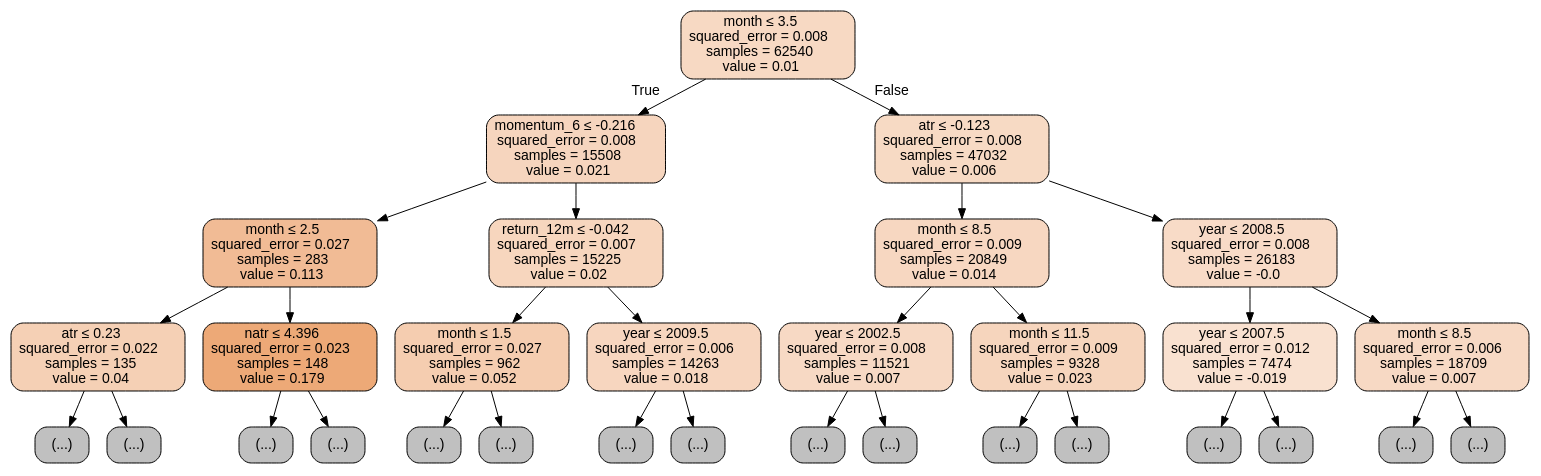
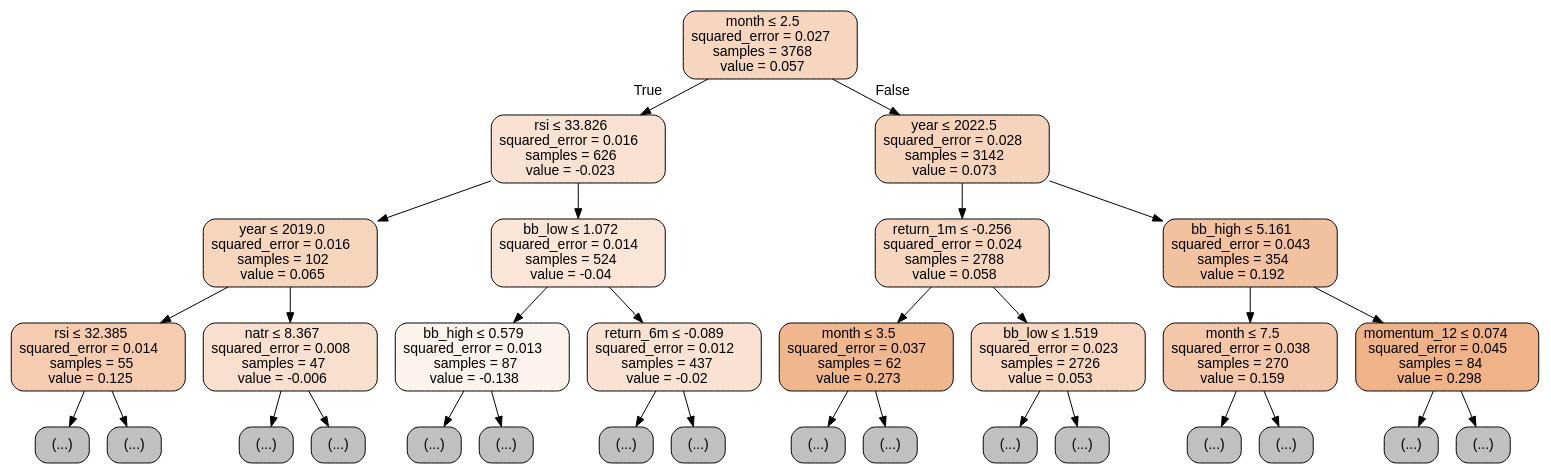
Before and after one commit to roboadvisor-fiuba/portfolio-predictor: the diagram in notebooks/results/decision_trees/reg_tree.dot, drawn with Graphviz. The commit also changed 11 other files, not shown here.

```diff
--- a/notebooks/results/decision_trees/reg_tree.dot
+++ b/notebooks/results/decision_trees/reg_tree.dot
@@ -1,65 +1,65 @@
 digraph Tree {
 node [shape=box, style="filled, rounded", color="black", fontname="helvetica"] ;
 edge [fontname="helvetica"] ;
-0 [label=<month &le; 3.5<br/>squared_error = 0.008<br/>samples = 62540<br/>value = 0.01>, fillcolor="#f7d9c3"] ;
-1 [label=<momentum_6 &le; -0.216<br/>squared_error = 0.008<br/>samples = 15508<br/>value = 0.021>, fillcolor="#f6d5be"] ;
+0 [label=<month &le; 2.5<br/>squared_error = 0.027<br/>samples = 3768<br/>value = 0.057>, fillcolor="#f7d6bf"] ;
+1 [label=<rsi &le; 33.826<br/>squared_error = 0.016<br/>samples = 626<br/>value = -0.023>, fillcolor="#f9e2d2"] ;
 0 -> 1 [labeldistance=2.5, labelangle=45, headlabel="True"] ;
-2 [label=<month &le; 2.5<br/>squared_error = 0.027<br/>samples = 283<br/>value = 0.113>, fillcolor="#f1bb95"] ;
+2 [label=<year &le; 2019.0<br/>squared_error = 0.016<br/>samples = 102<br/>value = 0.065>, fillcolor="#f6d5bd"] ;
 1 -> 2 ;
-3 [label=<atr &le; 0.23<br/>squared_error = 0.022<br/>samples = 135<br/>value = 0.04>, fillcolor="#f5d0b5"] ;
+3 [label=<rsi &le; 32.385<br/>squared_error = 0.014<br/>samples = 55<br/>value = 0.125>, fillcolor="#f5ccaf"] ;
 2 -> 3 ;
 4 [label="(...)", fillcolor="#C0C0C0"] ;
 3 -> 4 ;
 7 [label="(...)", fillcolor="#C0C0C0"] ;
 3 -> 7 ;
-10 [label=<natr &le; 4.396<br/>squared_error = 0.023<br/>samples = 148<br/>value = 0.179>, fillcolor="#eda977"] ;
-2 -> 10 ;
-11 [label="(...)", fillcolor="#C0C0C0"] ;
-10 -> 11 ;
-14 [label="(...)", fillcolor="#C0C0C0"] ;
-10 -> 14 ;
-17 [label=<return_12m &le; -0.042<br/>squared_error = 0.007<br/>samples = 15225<br/>value = 0.02>, fillcolor="#f7d6be"] ;
-1 -> 17 ;
-18 [label=<month &le; 1.5<br/>squared_error = 0.027<br/>samples = 962<br/>value = 0.052>, fillcolor="#f5cdb0"] ;
-17 -> 18 ;
-19 [label="(...)", fillcolor="#C0C0C0"] ;
-18 -> 19 ;
-22 [label="(...)", fillcolor="#C0C0C0"] ;
-18 -> 22 ;
-25 [label=<year &le; 2009.5<br/>squared_error = 0.006<br/>samples = 14263<br/>value = 0.018>, fillcolor="#f7d6bf"] ;
-17 -> 25 ;
-26 [label="(...)", fillcolor="#C0C0C0"] ;
-25 -> 26 ;
-29 [label="(...)", fillcolor="#C0C0C0"] ;
-25 -> 29 ;
-32 [label=<atr &le; -0.123<br/>squared_error = 0.008<br/>samples = 47032<br/>value = 0.006>, fillcolor="#f7dac4"] ;
-0 -> 32 [labeldistance=2.5, labelangle=-45, headlabel="False"] ;
-33 [label=<month &le; 8.5<br/>squared_error = 0.009<br/>samples = 20849<br/>value = 0.014>, fillcolor="#f7d7c1"] ;
-32 -> 33 ;
-34 [label=<year &le; 2002.5<br/>squared_error = 0.008<br/>samples = 11521<br/>value = 0.007>, fillcolor="#f7d9c4"] ;
-33 -> 34 ;
-35 [label="(...)", fillcolor="#C0C0C0"] ;
-34 -> 35 ;
+8 [label=<natr &le; 8.367<br/>squared_error = 0.008<br/>samples = 47<br/>value = -0.006>, fillcolor="#f9e0ce"] ;
+2 -> 8 ;
+9 [label="(...)", fillcolor="#C0C0C0"] ;
+8 -> 9 ;
+12 [label="(...)", fillcolor="#C0C0C0"] ;
+8 -> 12 ;
+15 [label=<bb_low &le; 1.072<br/>squared_error = 0.014<br/>samples = 524<br/>value = -0.04>, fillcolor="#fae5d6"] ;
+1 -> 15 ;
+16 [label=<bb_high &le; 0.579<br/>squared_error = 0.013<br/>samples = 87<br/>value = -0.138>, fillcolor="#fdf3ed"] ;
+15 -> 16 ;
+17 [label="(...)", fillcolor="#C0C0C0"] ;
+16 -> 17 ;
+20 [label="(...)", fillcolor="#C0C0C0"] ;
+16 -> 20 ;
+23 [label=<return_6m &le; -0.089<br/>squared_error = 0.012<br/>samples = 437<br/>value = -0.02>, fillcolor="#f9e2d1"] ;
+15 -> 23 ;
+24 [label="(...)", fillcolor="#C0C0C0"] ;
+23 -> 24 ;
+25 [label="(...)", fillcolor="#C0C0C0"] ;
+23 -> 25 ;
+28 [label=<year &le; 2022.5<br/>squared_error = 0.028<br/>samples = 3142<br/>value = 0.073>, fillcolor="#f6d4bb"] ;
+0 -> 28 [labeldistance=2.5, labelangle=-45, headlabel="False"] ;
+29 [label=<return_1m &le; -0.256<br/>squared_error = 0.024<br/>samples = 2788<br/>value = 0.058>, fillcolor="#f7d6bf"] ;
+28 -> 29 ;
+30 [label=<month &le; 3.5<br/>squared_error = 0.037<br/>samples = 62<br/>value = 0.273>, fillcolor="#f0b68d"] ;
+29 -> 30 ;
+31 [label="(...)", fillcolor="#C0C0C0"] ;
+30 -> 31 ;
+34 [label="(...)", fillcolor="#C0C0C0"] ;
+30 -> 34 ;
+37 [label=<bb_low &le; 1.519<br/>squared_error = 0.023<br/>samples = 2726<br/>value = 0.053>, fillcolor="#f7d7c0"] ;
+29 -> 37 ;
 38 [label="(...)", fillcolor="#C0C0C0"] ;
-34 -> 38 ;
-41 [label=<month &le; 11.5<br/>squared_error = 0.009<br/>samples = 9328<br/>value = 0.023>, fillcolor="#f6d5bd"] ;
-33 -> 41 ;
-42 [label="(...)", fillcolor="#C0C0C0"] ;
-41 -> 42 ;
-45 [label="(...)", fillcolor="#C0C0C0"] ;
-41 -> 45 ;
-48 [label=<year &le; 2008.5<br/>squared_error = 0.008<br/>samples = 26183<br/>value = -0.0>, fillcolor="#f8dbc7"] ;
-32 -> 48 ;
-49 [label=<year &le; 2007.5<br/>squared_error = 0.012<br/>samples = 7474<br/>value = -0.019>, fillcolor="#f9e1d0"] ;
-48 -> 49 ;
-50 [label="(...)", fillcolor="#C0C0C0"] ;
-49 -> 50 ;
+37 -> 38 ;
+41 [label="(...)", fillcolor="#C0C0C0"] ;
+37 -> 41 ;
+44 [label=<bb_high &le; 5.161<br/>squared_error = 0.043<br/>samples = 354<br/>value = 0.192>, fillcolor="#f2c2a0"] ;
+28 -> 44 ;
+45 [label=<month &le; 7.5<br/>squared_error = 0.038<br/>samples = 270<br/>value = 0.159>, fillcolor="#f3c7a7"] ;
+44 -> 45 ;
+46 [label="(...)", fillcolor="#C0C0C0"] ;
+45 -> 46 ;
+49 [label="(...)", fillcolor="#C0C0C0"] ;
+45 -> 49 ;
+52 [label=<momentum_12 &le; 0.074<br/>squared_error = 0.045<br/>samples = 84<br/>value = 0.298>, fillcolor="#efb387"] ;
+44 -> 52 ;
 53 [label="(...)", fillcolor="#C0C0C0"] ;
-49 -> 53 ;
-56 [label=<month &le; 8.5<br/>squared_error = 0.006<br/>samples = 18709<br/>value = 0.007>, fillcolor="#f7d9c4"] ;
-48 -> 56 ;
-57 [label="(...)", fillcolor="#C0C0C0"] ;
-56 -> 57 ;
-60 [label="(...)", fillcolor="#C0C0C0"] ;
-56 -> 60 ;
+52 -> 53 ;
+56 [label="(...)", fillcolor="#C0C0C0"] ;
+52 -> 56 ;
 }
```
